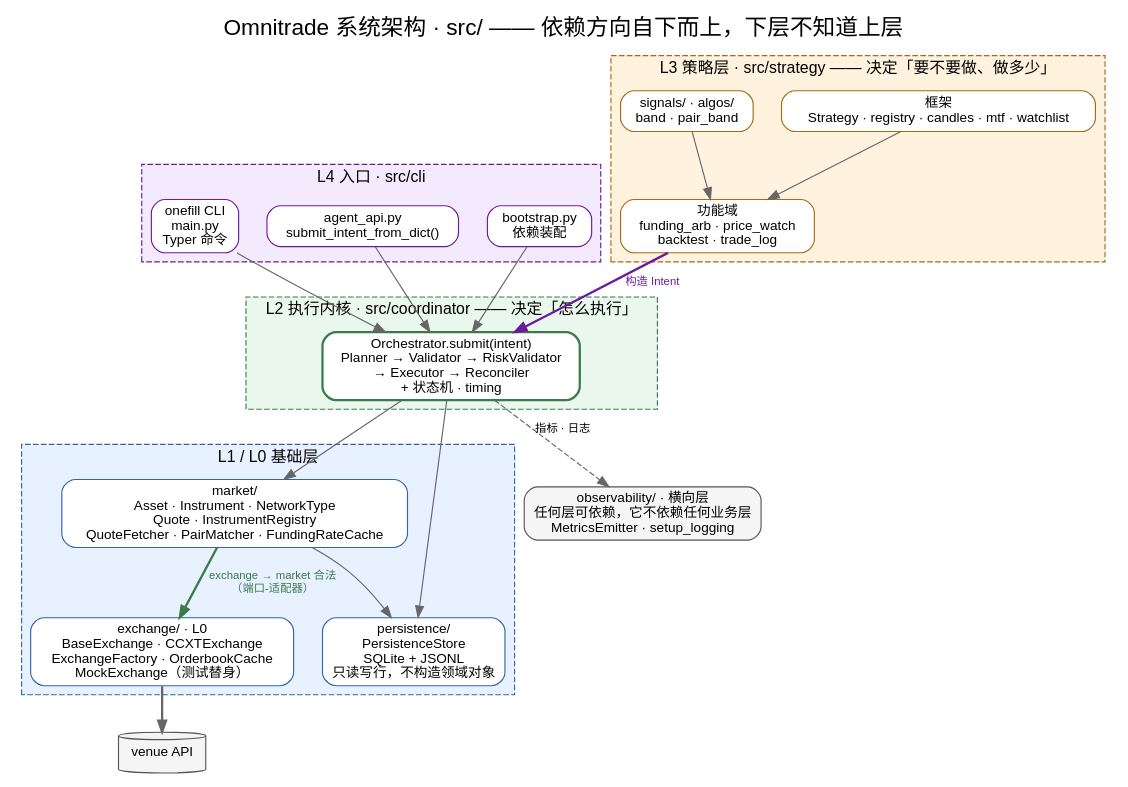
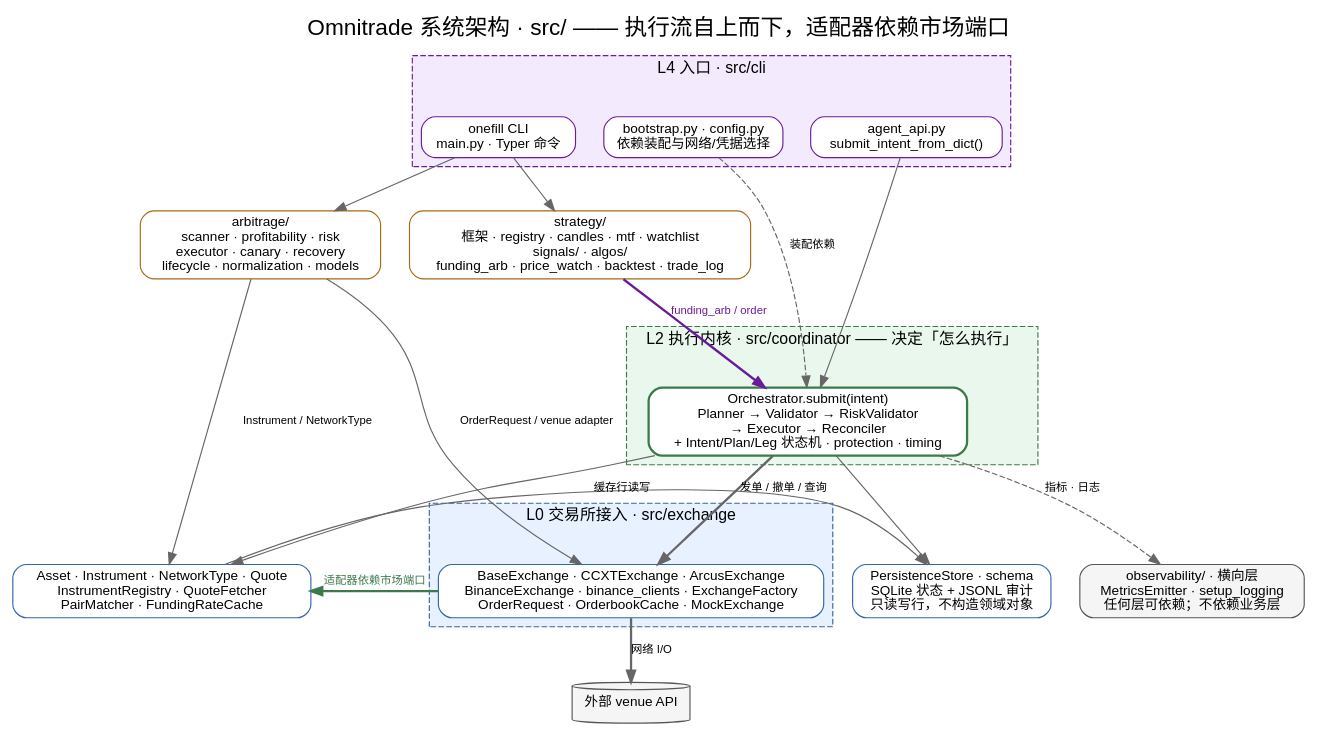
One commit to 0xkayne/OmniTrade changed the diagram in docs/assets/sys-architecture.dot. Above: the diagram before and after it, drawn with Graphviz. The commit also changed 2 other files, not shown here.

Commit message:
docs: update Omnitrade architecture diagram

```diff
--- a/docs/assets/sys-architecture.dot
+++ b/docs/assets/sys-architecture.dot
@@ -1,70 +1,89 @@
-// 系统架构总览：七个包、分层与依赖方向
-// 源码位置：src/ 全部七个包
+// 系统架构总览：八个包、分层与依赖方向
+// 源码位置：src/ 全部八个包
 // 重新生成：scripts/render_diagrams.sh sys-architecture
 
 digraph sys_architecture {
   graph [
     fontname="Helvetica", fontsize="20",
-    rankdir=TB, compound=true, nodesep=0.35, ranksep=0.55,
+    rankdir=TB, compound=true, nodesep=0.35, ranksep=0.62,
     labelloc="t",
-    label="Omnitrade 系统架构 · src/ —— 依赖方向自下而上，下层不知道上层"
+    label="Omnitrade 系统架构 · src/ —— 执行流自上而下，适配器依赖市场端口"
   ];
   node [fontname="Helvetica", fontsize="12", shape=box, style="rounded,filled"];
   edge [fontname="Helvetica", fontsize="10", color="#666666"];
 
   subgraph cluster_entry {
     label="L4 入口 · src/cli"; fontsize="14";
     color="#6a1b9a"; style="filled,dashed"; fillcolor="#f3eafd";
-    cli   [label="onefill CLI\nmain.py\nTyper 命令", fillcolor="#ffffff", color="#6a1b9a"];
+    cli [label="onefill CLI\nmain.py · Typer 命令", fillcolor="#ffffff", color="#6a1b9a"];
     agent [label="agent_api.py\nsubmit_intent_from_dict()", fillcolor="#ffffff", color="#6a1b9a"];
-    boot  [label="bootstrap.py\n依赖装配", fillcolor="#ffffff", color="#6a1b9a"];
+    boot [label="bootstrap.py · config.py\n依赖装配与网络/凭据选择", fillcolor="#ffffff", color="#6a1b9a"];
   }
 
-  subgraph cluster_strat {
+  subgraph cluster_strategy {
     label="L3 策略层 · src/strategy —— 决定「要不要做、做多少」"; fontsize="14";
     color="#a66a14"; style="filled,dashed"; fillcolor="#fff3df";
-    frame [label="框架\nStrategy · registry · candles · mtf · watchlist",
-           fillcolor="#ffffff", color="#a66a14"];
-    sigalg [label="signals/ · algos/\nband · pair_band", fillcolor="#ffffff", color="#a66a14"];
-    feat  [label="功能域\nfunding_arb · price_watch\nbacktest · trade_log",
-           fillcolor="#ffffff", color="#a66a14"];
+    strategy [label="strategy/\n框架 · registry · candles · mtf · watchlist\nsignals/ · algos/\nfunding_arb · price_watch · backtest · trade_log",
+              fillcolor="#ffffff", color="#a66a14"];
+  }
+
+  subgraph cluster_arbitrage {
+    label="L3 套利领域 · src/arbitrage —— 独立双腿执行与恢复"; fontsize="14";
+    color="#a66a14"; style="filled,dashed"; fillcolor="#fff3df";
+    arbitrage [label="arbitrage/\nscanner · profitability · risk\nexecutor · canary · recovery\nlifecycle · normalization · models",
+               fillcolor="#ffffff", color="#a66a14"];
   }
 
   subgraph cluster_core {
     label="L2 执行内核 · src/coordinator —— 决定「怎么执行」"; fontsize="14";
     color="#3c7a4a"; style="filled,dashed"; fillcolor="#eaf7ed";
-    pipe [label="Orchestrator.submit(intent)\nPlanner → Validator → RiskValidator\n→ Executor → Reconciler\n+ 状态机 · timing",
+    pipe [label="Orchestrator.submit(intent)\nPlanner → Validator → RiskValidator\n→ Executor → Reconciler\n+ Intent/Plan/Leg 状态机 · protection · timing",
           fillcolor="#ffffff", color="#3c7a4a", penwidth=2];
   }
 
-  subgraph cluster_base {
-    label="L1 / L0 基础层"; fontsize="14";
+  subgraph cluster_market {
+    label="L1 市场层 · src/market"; fontsize="14";
     color="#3264a8"; style="filled,dashed"; fillcolor="#e8f1ff";
-    market  [label="market/\nAsset · Instrument · NetworkType\nQuote · InstrumentRegistry\nQuoteFetcher · PairMatcher · FundingRateCache",
-             fillcolor="#ffffff", color="#3264a8"];
-    exch    [label="exchange/ · L0\nBaseExchange · CCXTExchange\nExchangeFactory · OrderbookCache\nMockExchange（测试替身）",
-             fillcolor="#ffffff", color="#3264a8"];
-    persist [label="persistence/\nPersistenceStore\nSQLite + JSONL\n只读写行，不构造领域对象",
+    market [label="Asset · Instrument · NetworkType · Quote\nInstrumentRegistry · QuoteFetcher\nPairMatcher · FundingRateCache",
+            fillcolor="#ffffff", color="#3264a8"];
+  }
+
+  subgraph cluster_persistence {
+    label="L1 持久化层 · src/persistence"; fontsize="14";
+    color="#3264a8"; style="filled,dashed"; fillcolor="#e8f1ff";
+    persist [label="PersistenceStore · schema\nSQLite 状态 + JSONL 审计\n只读写行，不构造领域对象",
              fillcolor="#ffffff", color="#3264a8"];
   }
 
-  obs [label="observability/ · 横向层\n任何层可依赖，它不依赖任何业务层\nMetricsEmitter · setup_logging",
+  subgraph cluster_exchange {
+    label="L0 交易所接入 · src/exchange"; fontsize="14";
+    color="#3264a8"; style="filled,dashed"; fillcolor="#e8f1ff";
+    exch [label="BaseExchange · CCXTExchange · ArcusExchange\nBinanceExchange · binance_clients · ExchangeFactory\nOrderRequest · OrderbookCache · MockExchange",
+          fillcolor="#ffffff", color="#3264a8"];
+  }
+
+  obs [label="observability/ · 横向层\nMetricsEmitter · setup_logging\n任何层可依赖；不依赖业务层",
        fillcolor="#f5f5f5", color="#555555"];
-  venue [label="venue API", shape=cylinder, style=filled, fillcolor="#f5f5f5", color="#555555"];
+  venue [label="外部 venue API", shape=cylinder, style=filled, fillcolor="#f5f5f5", color="#555555"];
 
-  cli   -> pipe;
+  { rank=same; strategy; arbitrage; }
+  { rank=same; market; persist; }
+
+  // 运行时执行流：入口装配领域对象，策略/套利进入各自的执行路径。
+  cli   -> strategy;
+  cli   -> arbitrage;
   agent -> pipe;
-  boot  -> pipe;
-
-  frame  -> feat;
-  sigalg -> feat;
-  feat   -> pipe [label="构造 Intent", style=bold, color="#6a1b9a", fontcolor="#6a1b9a"];
-
+  boot  -> pipe [label="装配依赖", style=dashed];
+  strategy -> pipe [label="funding_arb / order", style=bold, color="#6a1b9a", fontcolor="#6a1b9a"];
+  arbitrage -> market [label="Instrument / NetworkType"];
+  arbitrage -> exch [label="OrderRequest / venue adapter"];
   pipe -> market;
   pipe -> persist;
+  pipe -> exch [label="发单 / 撤单 / 查询", style=bold];
   pipe -> obs [label="指标 · 日志", style=dashed];
+  market -> persist [label="缓存行读写"];
 
-  market -> exch [label="exchange → market 合法\n（端口-适配器）", style=bold, color="#3c7a4a", fontcolor="#3c7a4a"];
-  market -> persist;
-  exch -> venue [style=bold];
+  // 适配器把 venue 原始数据构造成 market 领域对象；这是源码允许的 exchange → market 边。
+  exch -> market [label="适配器依赖市场端口", style=bold, color="#3c7a4a", fontcolor="#3c7a4a", constraint=false];
+  exch -> venue [label="网络 I/O", style=bold];
 }
```
